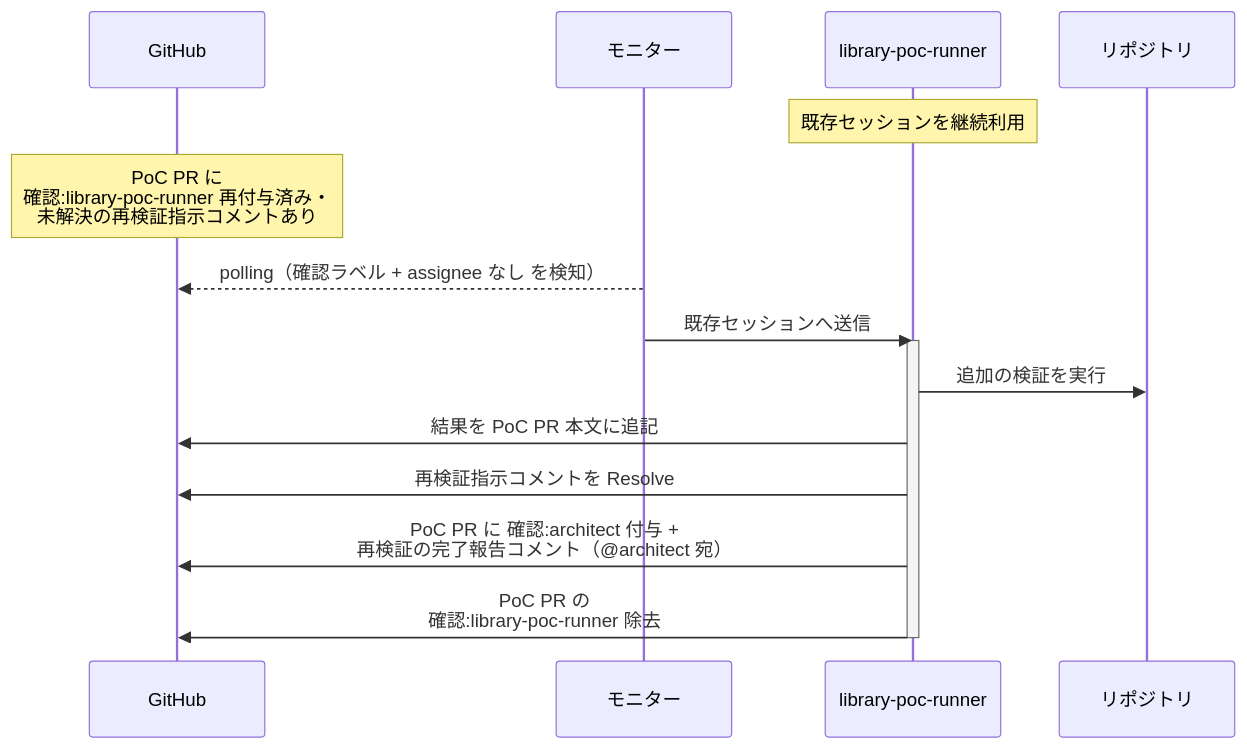
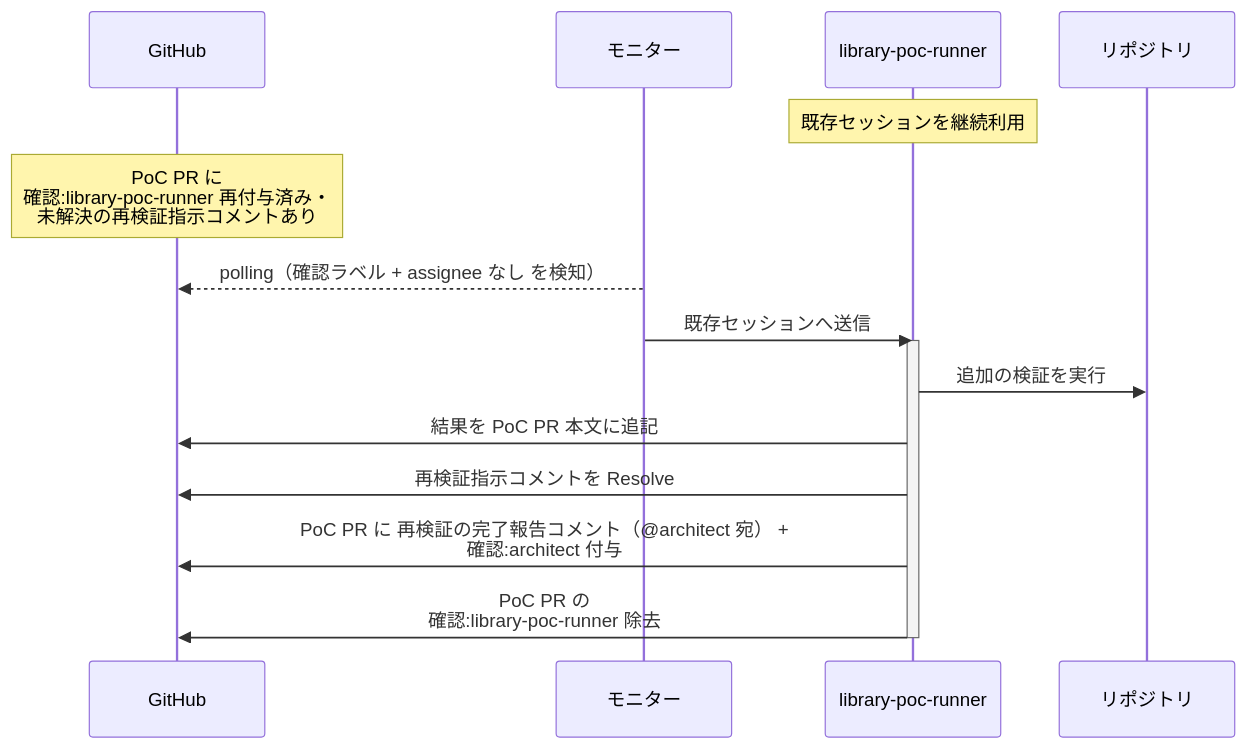
One commit to shuhei1101/ai-monitor changed the second of 3 diagrams in docs/wiki/設計図/シナリオ/単一ユースケース/ライブラリPoC検証.md. Above: the diagram before and after it, drawn with Mermaid. The commit also changed other lines of this file and 29 other files, not shown here.

````diff
--- a/docs/wiki/設計図/シナリオ/単一ユースケース/ライブラリPoC検証.md
+++ b/docs/wiki/設計図/シナリオ/単一ユースケース/ライブラリPoC検証.md
@@ -71,19 +71,19 @@
 ```mermaid
 sequenceDiagram
   participant GH as GitHub
   participant ORC as モニター
   participant MON as library-poc-runner
   participant REPO as リポジトリ
 
   Note over MON: 既存セッションを継続利用
   Note over GH: PoC PR に<br>確認:library-poc-runner 再付与済み・<br>未解決の再検証指示コメントあり
   ORC-->>GH: polling（確認ラベル + assignee なし を検知）
   ORC->>MON: 既存セッションへ送信
   activate MON
   MON->>REPO: 追加の検証を実行
   MON->>GH: 結果を PoC PR 本文に追記
   MON->>GH: 再検証指示コメントを Resolve
-  MON->>GH: PoC PR に 確認:architect 付与 +<br>再検証の完了報告コメント（@architect 宛）
+  MON->>GH: PoC PR に 再検証の完了報告コメント（@architect 宛） +<br>確認:architect 付与
   MON->>GH: PoC PR の<br>確認:library-poc-runner 除去
   deactivate MON
 ```
````
